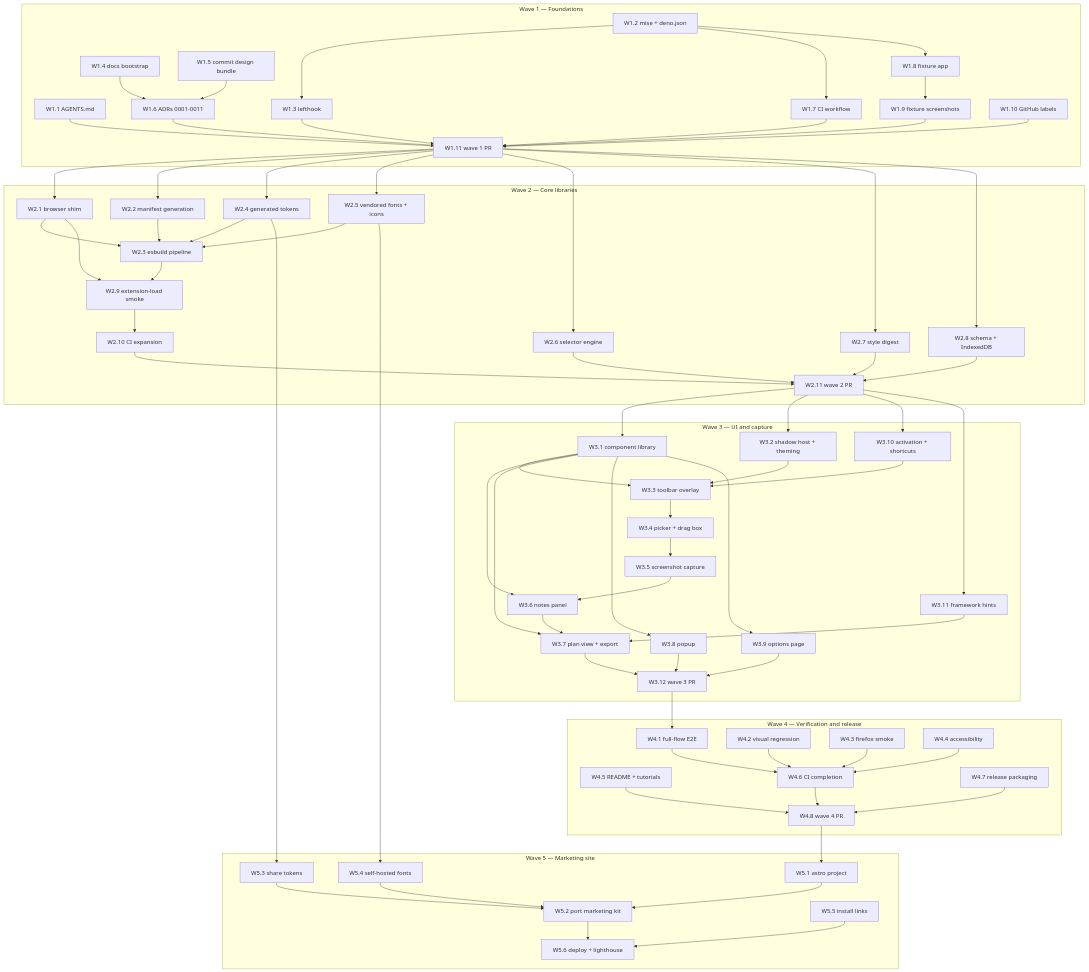
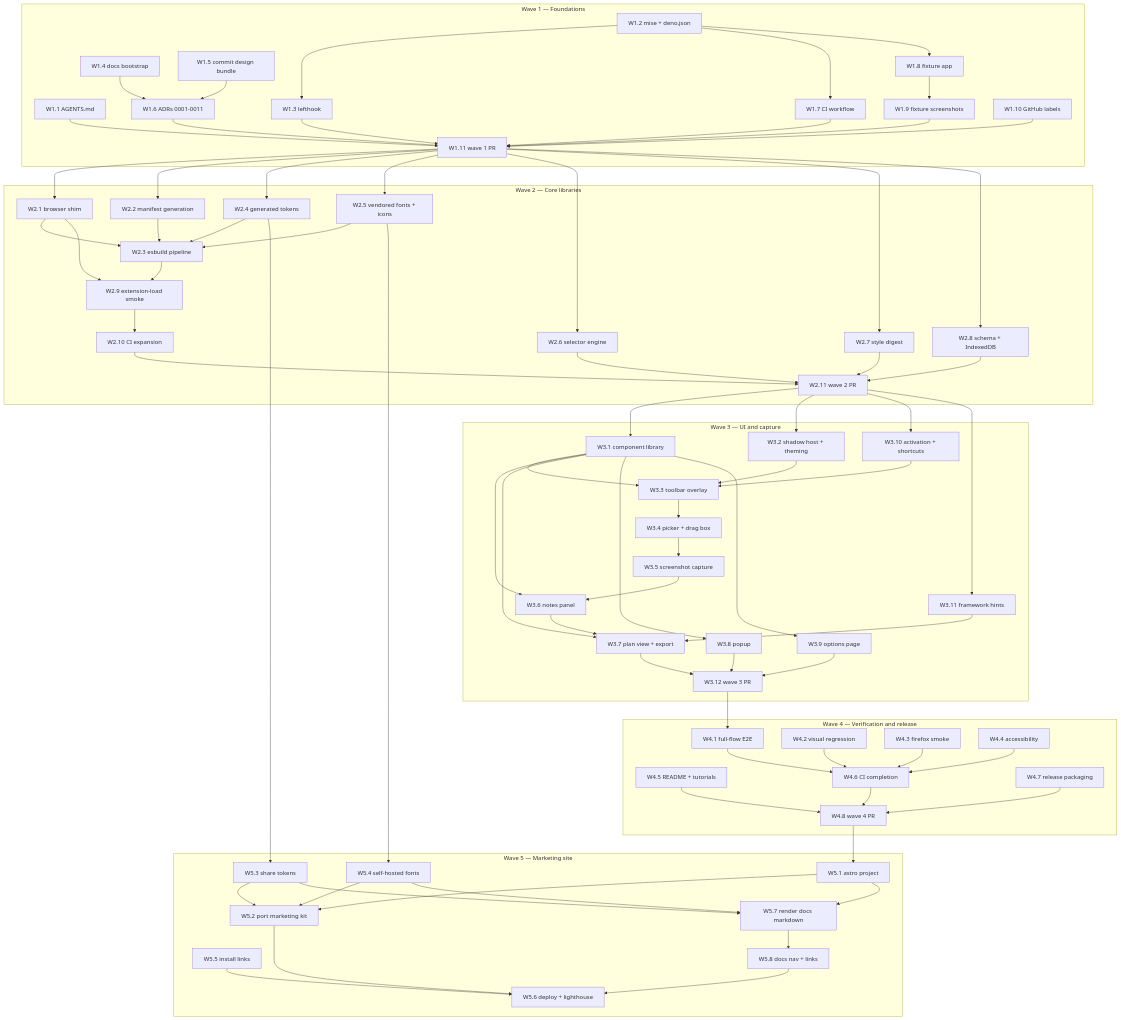
Before and after one commit to whizzzkid/point-and-shoot: the second of 2 diagrams in docs/plans/README.md, drawn with Mermaid. The commit also changed other lines of this file and 7 other files, not shown here.

```diff
--- a/docs/plans/README.md
+++ b/docs/plans/README.md
@@ -141,10 +141,16 @@
     W54["W5.4 self-hosted fonts"]
     W55["W5.5 install links"]
     W56["W5.6 deploy + lighthouse"]
+    W57["W5.7 render docs markdown"]
+    W58["W5.8 docs nav + links"]
     W51 --> W52 --> W56
     W53 --> W52
     W54 --> W52
     W55 --> W56
+    W51 --> W57
+    W53 --> W57
+    W54 --> W57
+    W57 --> W58 --> W56
   end
 
   W111 --> W21
```
